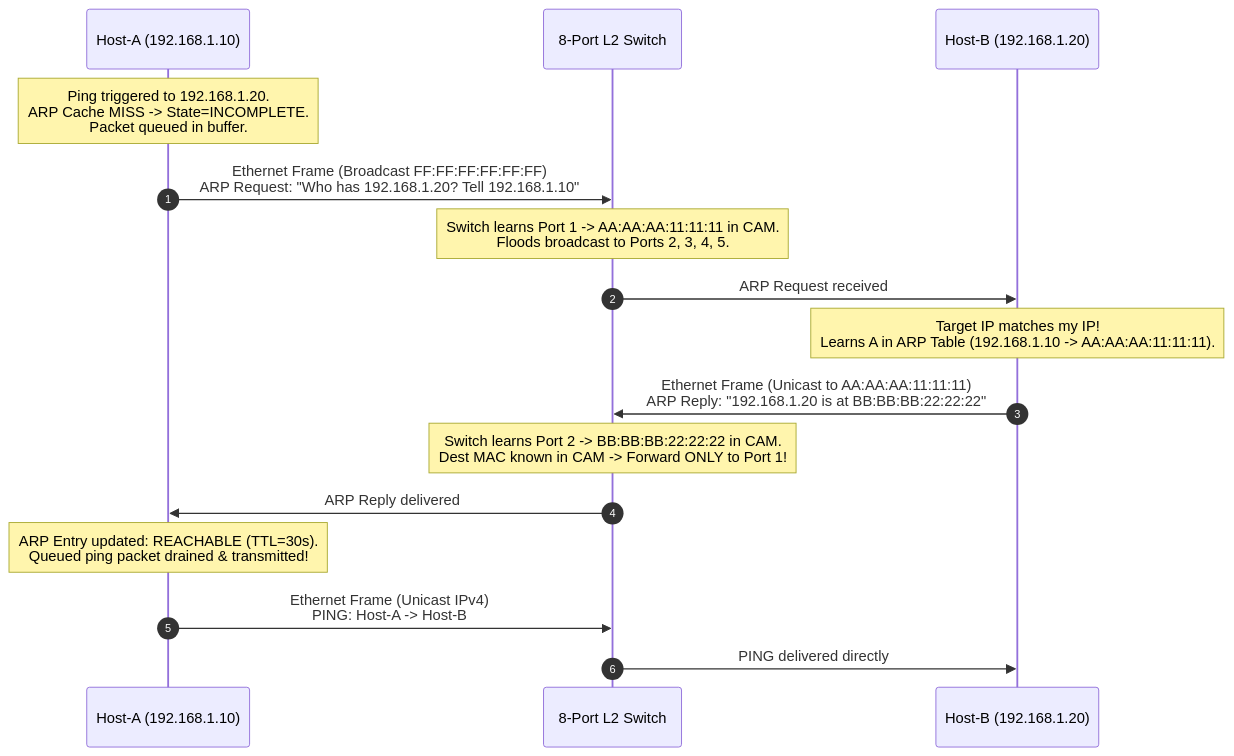
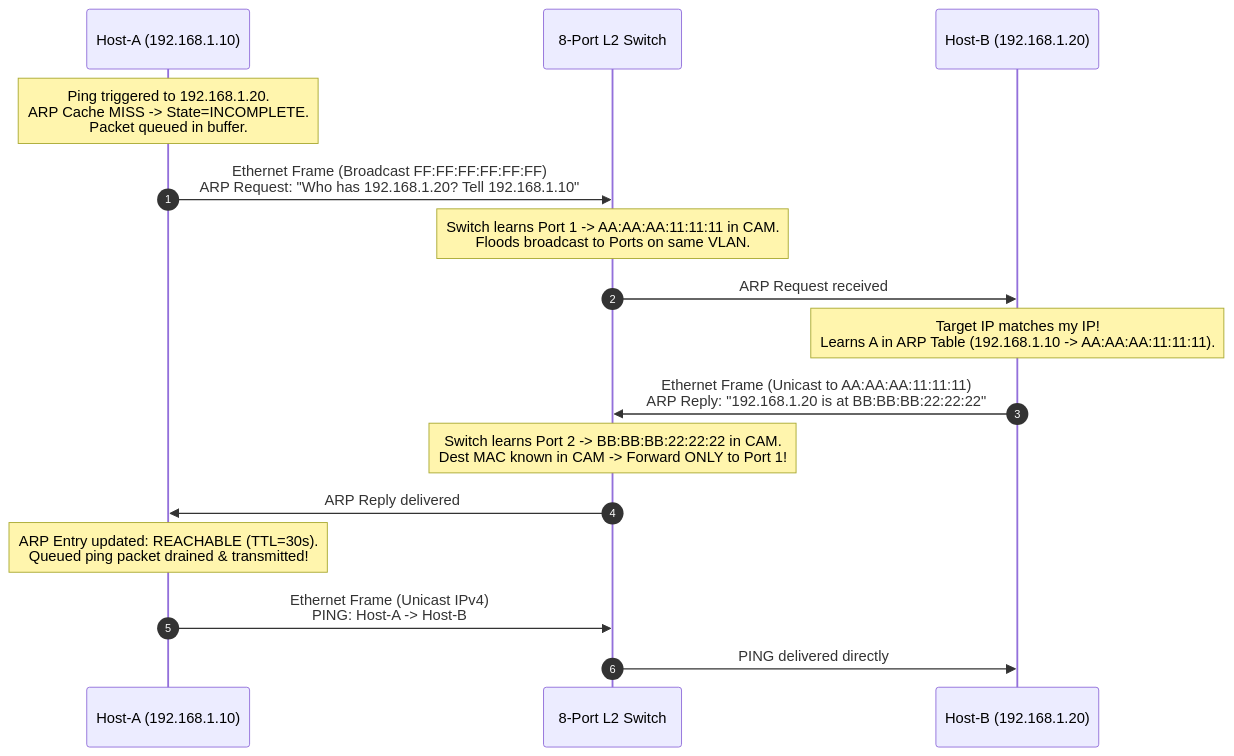
One commit to Aricode2005/CN-Project changed the second of 11 diagrams in ARP/PROJECT_GUIDE_AND_VISUALIZATION.md. Above: the diagram before and after it, drawn with Mermaid. The commit also changed other lines of this file and 22 other files, not shown here.

````diff
--- a/ARP/PROJECT_GUIDE_AND_VISUALIZATION.md
+++ b/ARP/PROJECT_GUIDE_AND_VISUALIZATION.md
@@ -111,19 +146,19 @@
 ```mermaid
 sequenceDiagram
     autonumber
     participant A as Host-A (192.168.1.10)
     participant SW as 8-Port L2 Switch
     participant B as Host-B (192.168.1.20)
 
     Note over A: Ping triggered to 192.168.1.20.<br/>ARP Cache MISS -> State=INCOMPLETE.<br/>Packet queued in buffer.
     A->>SW: Ethernet Frame (Broadcast FF:FF:FF:FF:FF:FF)<br/>ARP Request: "Who has 192.168.1.20? Tell 192.168.1.10"
-    Note over SW: Switch learns Port 1 -> AA:AA:AA:11:11:11 in CAM.<br/>Floods broadcast to Ports 2, 3, 4, 5.
+    Note over SW: Switch learns Port 1 -> AA:AA:AA:11:11:11 in CAM.<br/>Floods broadcast to Ports on same VLAN.
     SW->>B: ARP Request received
     Note over B: Target IP matches my IP!<br/>Learns A in ARP Table (192.168.1.10 -> AA:AA:AA:11:11:11).
     B->>SW: Ethernet Frame (Unicast to AA:AA:AA:11:11:11)<br/>ARP Reply: "192.168.1.20 is at BB:BB:BB:22:22:22"
     Note over SW: Switch learns Port 2 -> BB:BB:BB:22:22:22 in CAM.<br/>Dest MAC known in CAM -> Forward ONLY to Port 1!
     SW->>A: ARP Reply delivered
     Note over A: ARP Entry updated: REACHABLE (TTL=30s).<br/>Queued ping packet drained & transmitted!
     A->>SW: Ethernet Frame (Unicast IPv4)<br/>PING: Host-A -> Host-B
     SW->>B: PING delivered directly
 ```
````
